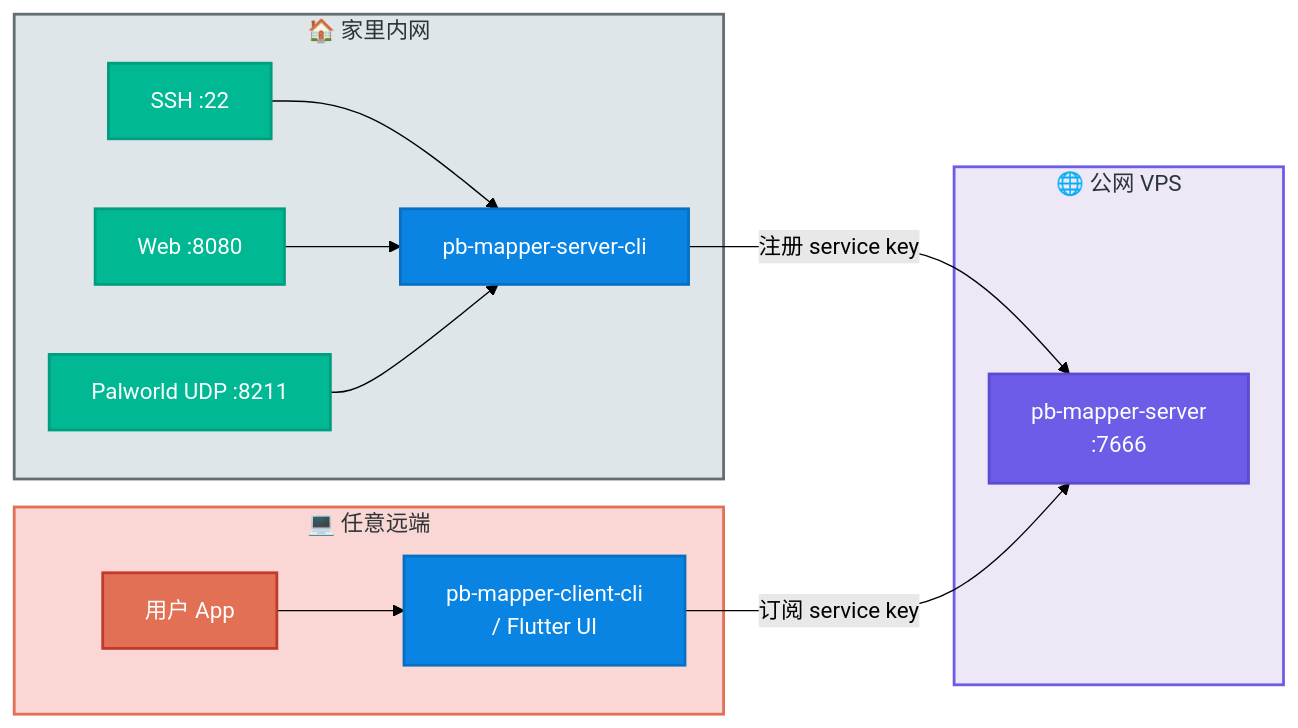
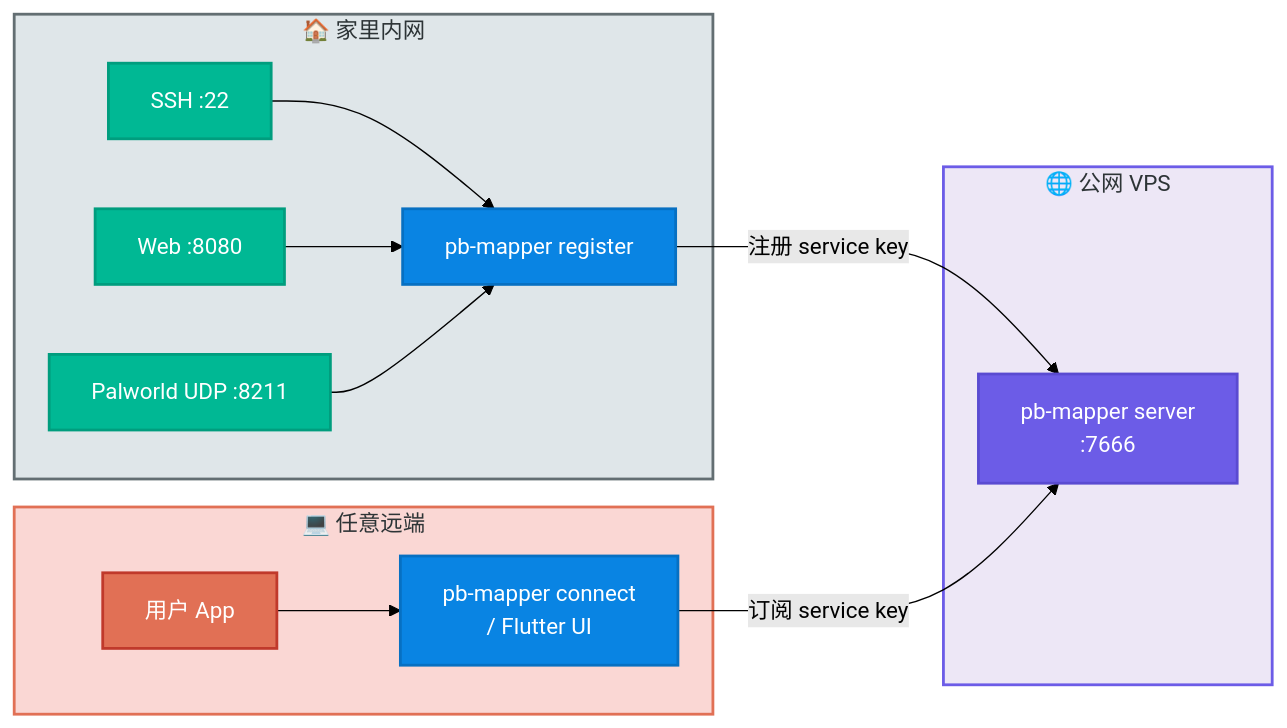
One commit to acking-you/pb-mapper changed the diagram in docs/pb-mapper-intro.zh-CN.md. Above: the diagram before and after it, drawn with Mermaid (forest theme). The commit also changed other lines of this file and 52 other files, not shown here.

Commit message:
Unify pb-mapper CLI and release tooling

````diff
--- a/docs/pb-mapper-intro.zh-CN.md
+++ b/docs/pb-mapper-intro.zh-CN.md
@@ -13,32 +13,32 @@
 ```mermaid
 flowchart LR
     subgraph home["🏠 家里内网"]
         S1["SSH :22"]
         S2["Web :8080"]
         S3["Palworld UDP :8211"]
-        CLI1["pb-mapper-server-cli"]
+        CLI1["pb-mapper register"]
         S1 --> CLI1
         S2 --> CLI1
         S3 --> CLI1
     end
     subgraph pub["🌐 公网 VPS"]
-        SRV["pb-mapper-server<br/>:7666"]
+        SRV["pb-mapper server<br/>:7666"]
     end
     subgraph out["💻 任意远端"]
-        CLI2["pb-mapper-client-cli<br/>/ Flutter UI"]
+        CLI2["pb-mapper connect<br/>/ Flutter UI"]
         USR["用户 App"]
         USR --> CLI2
     end
     CLI1 -->|"注册 service key"| SRV
     CLI2 -->|"订阅 service key"| SRV
     style S1 fill:#00B894,stroke:#009D7E,color:#fff,stroke-width:2px
     style S2 fill:#00B894,stroke:#009D7E,color:#fff,stroke-width:2px
     style S3 fill:#00B894,stroke:#009D7E,color:#fff,stroke-width:2px
     style CLI1 fill:#0984E3,stroke:#0770C2,color:#fff,stroke-width:2px
     style CLI2 fill:#0984E3,stroke:#0770C2,color:#fff,stroke-width:2px
     style SRV fill:#6C5CE7,stroke:#5A4BD1,color:#fff,stroke-width:2px
     style USR fill:#E17055,stroke:#C0392B,color:#fff,stroke-width:2px
     style home fill:#DFE6E9,stroke:#636E72,stroke-width:2px,color:#2D3436
     style pub fill:#EDE7F6,stroke:#6C5CE7,stroke-width:2px,color:#2D3436
     style out fill:#FAD7D4,stroke:#E17055,stroke-width:2px,color:#2D3436
 ```
````
